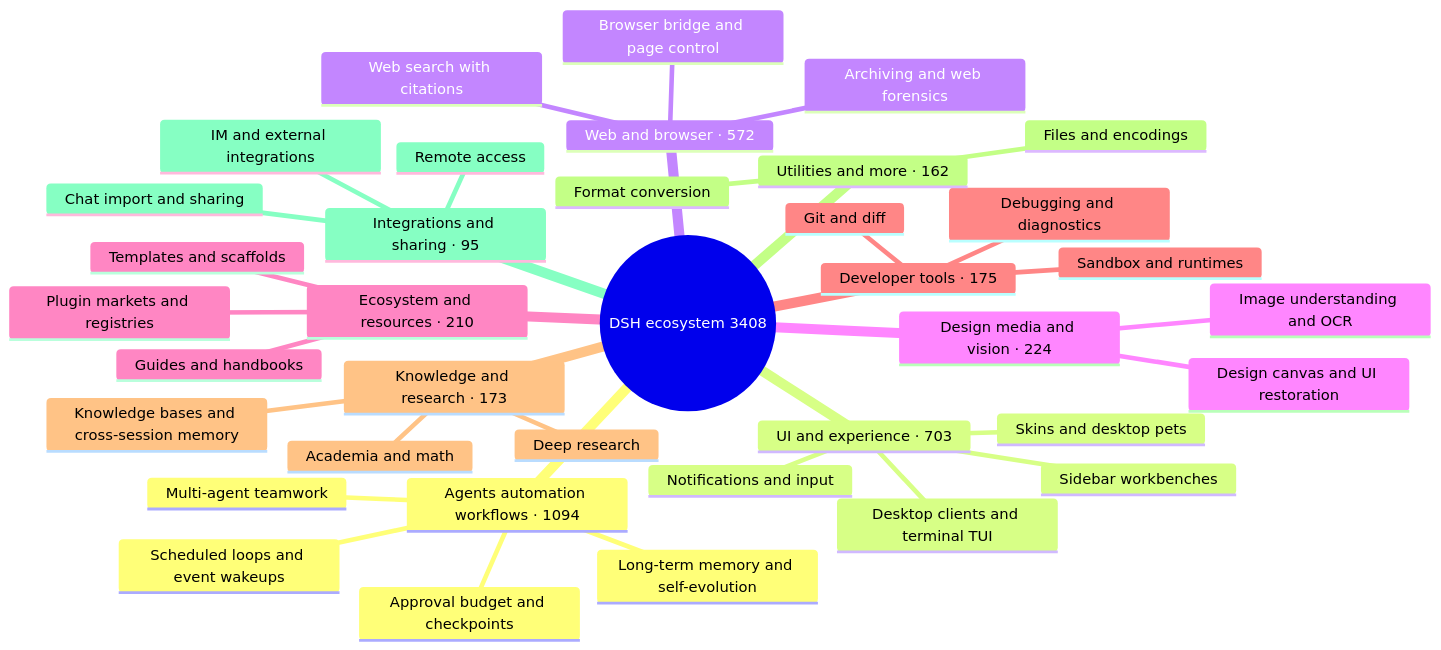
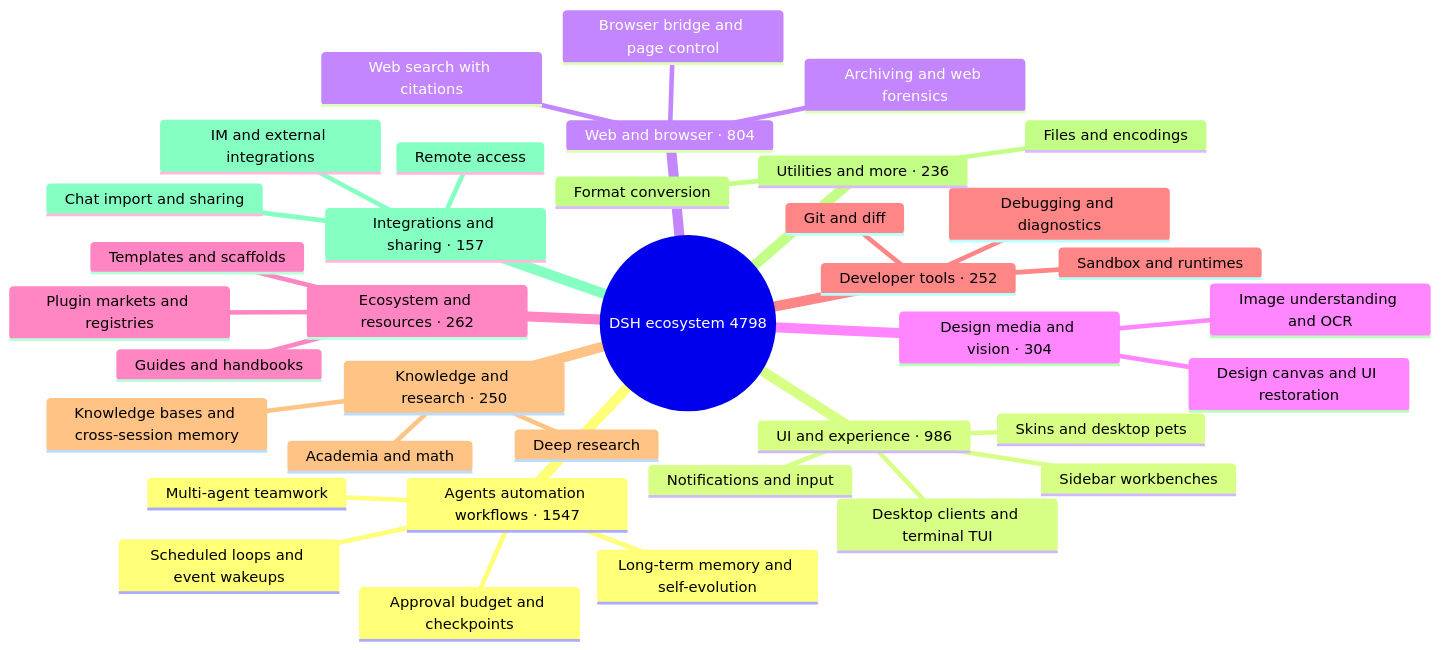
One commit to PGZXB/awesome-dsh-plugin-3 changed the diagram in README_EN.md. Above: the diagram before and after it, drawn with Mermaid. The commit also changed other lines of this file and 7 other files, not shown here.

````diff
--- a/README_EN.md
+++ b/README_EN.md
@@ -32,40 +32,40 @@
 ```mermaid
 mindmap
-  root((DSH ecosystem 3408))
-    Agents automation workflows · 1094
+  root((DSH ecosystem 4798))
+    Agents automation workflows · 1547
       Scheduled loops and event wakeups
       Multi-agent teamwork
       Long-term memory and self-evolution
       Approval budget and checkpoints
-    UI and experience · 703
+    UI and experience · 986
       Desktop clients and terminal TUI
       Sidebar workbenches
       Skins and desktop pets
       Notifications and input
-    Web and browser · 572
+    Web and browser · 804
       Browser bridge and page control
       Web search with citations
       Archiving and web forensics
-    Design media and vision · 224
+    Design media and vision · 304
       Image understanding and OCR
       Design canvas and UI restoration
-    Ecosystem and resources · 210
+    Ecosystem and resources · 262
       Plugin markets and registries
       Templates and scaffolds
       Guides and handbooks
-    Developer tools · 175
+    Developer tools · 252
       Git and diff
       Sandbox and runtimes
       Debugging and diagnostics
-    Knowledge and research · 173
+    Knowledge and research · 250
       Knowledge bases and cross-session memory
       Deep research
       Academia and math
-    Utilities and more · 162
+    Utilities and more · 236
       Files and encodings
       Format conversion
-    Integrations and sharing · 95
+    Integrations and sharing · 157
       Chat import and sharing
       Remote access
       IM and external integrations
 ```
````
